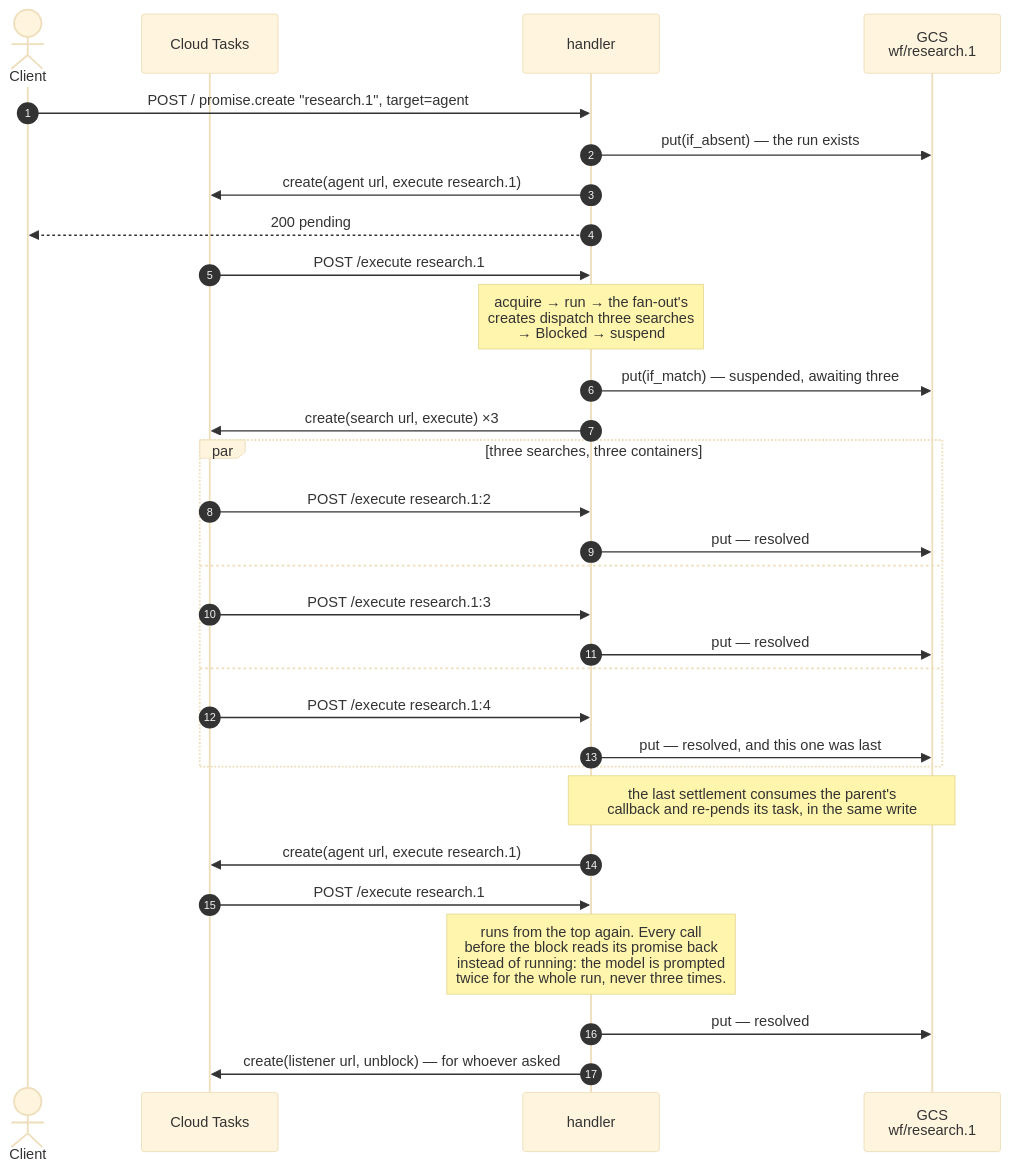
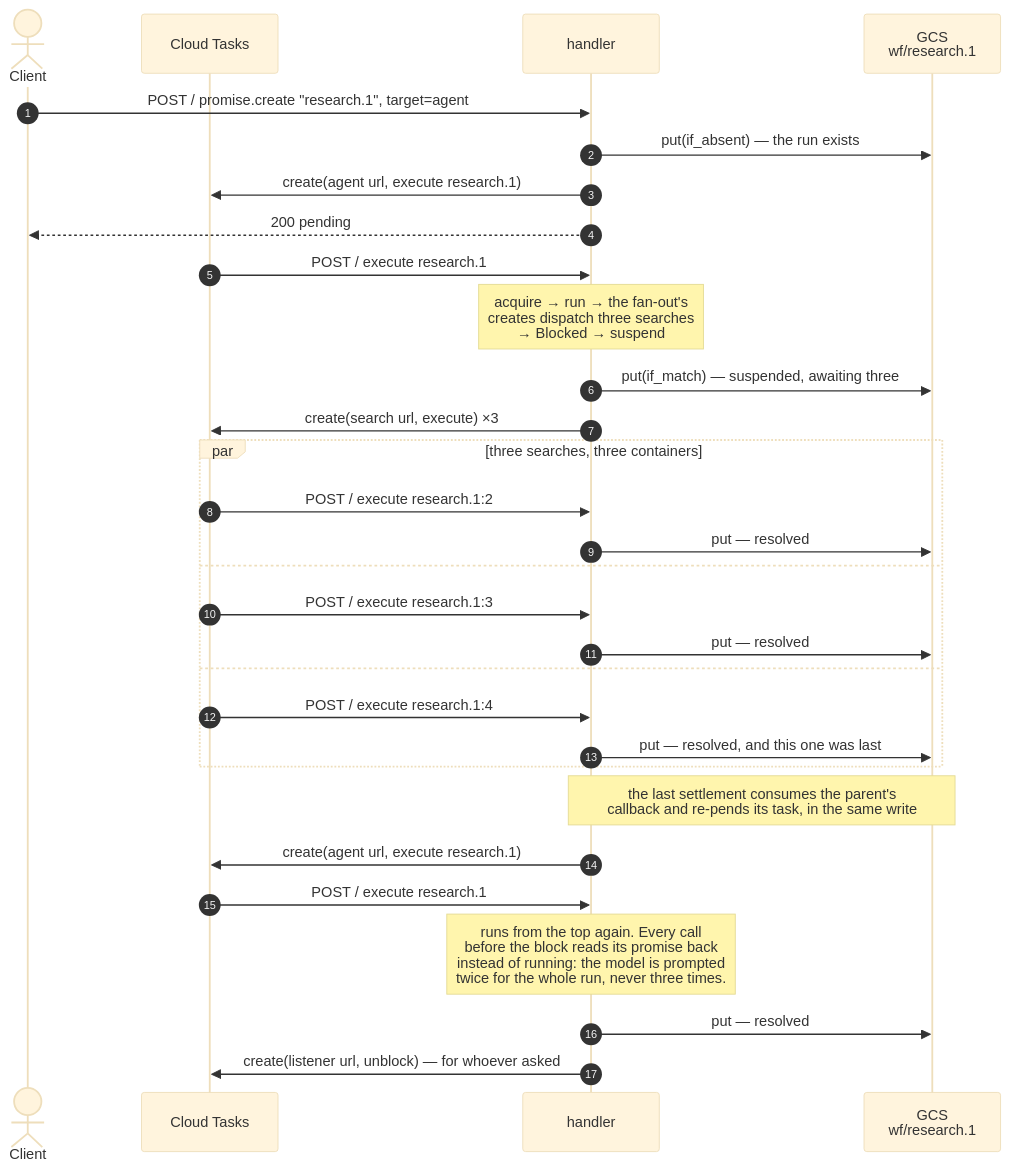
The sixth of 6 diagrams in code/final/SEQUENCE.md (resonatehq/durable-execution), drawn with Mermaid (base theme) before and after one commit. The commit also changed other lines of this file and 27 other files, not shown here.

````diff
--- a/code/final/SEQUENCE.md
+++ b/code/final/SEQUENCE.md
@@ -265,36 +265,36 @@
 ```mermaid
 sequenceDiagram
     autonumber
     actor C as Client
     participant Q as Cloud Tasks
     participant F as handler
     participant S as GCS<br/>wf/research.1
 
     C->>F: POST / promise.create "research.1", target=agent
     F->>S: put(if_absent) — the run exists
     F->>Q: create(agent url, execute research.1)
     F-->>C: 200 pending
 
-    Q->>F: POST /execute research.1
+    Q->>F: POST / execute research.1
     Note over F: acquire → run → the fan-out's<br/>creates dispatch three searches<br/>→ Blocked → suspend
     F->>S: put(if_match) — suspended, awaiting three
     F->>Q: create(search url, execute) ×3
 
     par three searches, three containers
-        Q->>F: POST /execute research.1:2
+        Q->>F: POST / execute research.1:2
         F->>S: put — resolved
     and
-        Q->>F: POST /execute research.1:3
+        Q->>F: POST / execute research.1:3
         F->>S: put — resolved
     and
-        Q->>F: POST /execute research.1:4
+        Q->>F: POST / execute research.1:4
         F->>S: put — resolved, and this one was last
     end
     Note over F,S: the last settlement consumes the parent's<br/>callback and re-pends its task, in the same write
 
     F->>Q: create(agent url, execute research.1)
-    Q->>F: POST /execute research.1
+    Q->>F: POST / execute research.1
     Note over F: runs from the top again. Every call<br/>before the block reads its promise back<br/>instead of running: the model is prompted<br/>twice for the whole run, never three times.
     F->>S: put — resolved
     F->>Q: create(listener url, unblock) — for whoever asked
 ```
````
